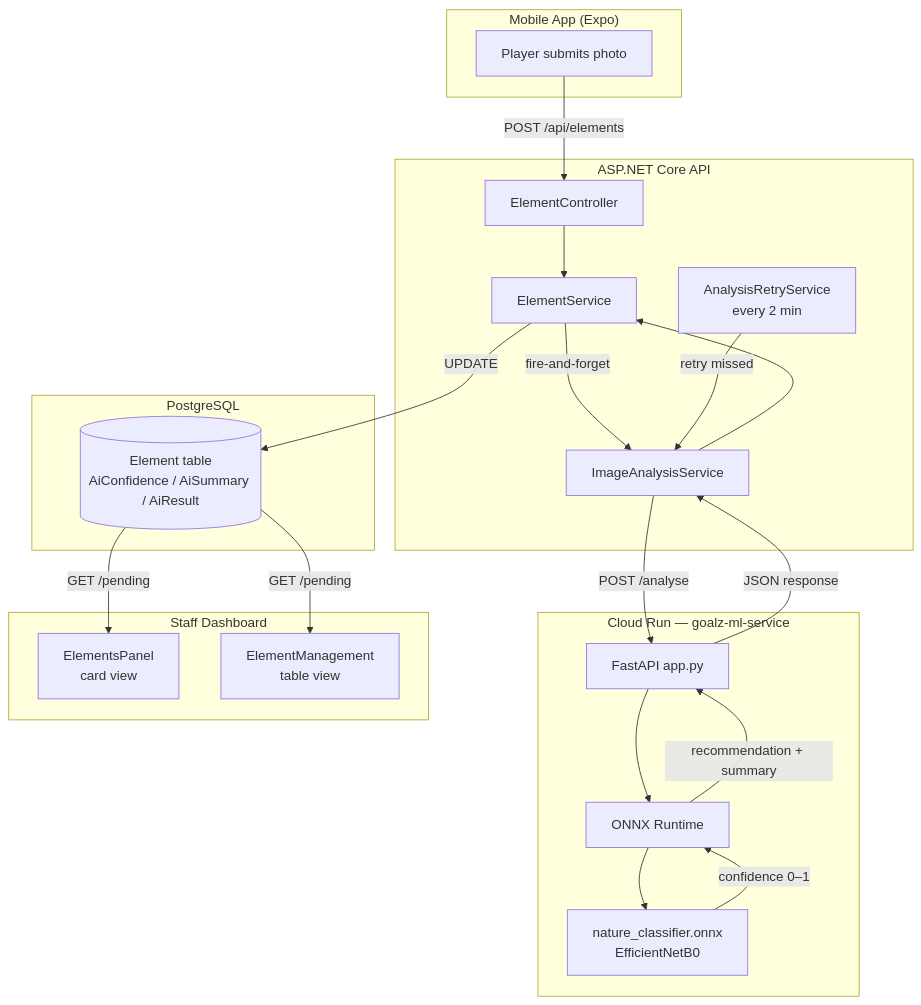
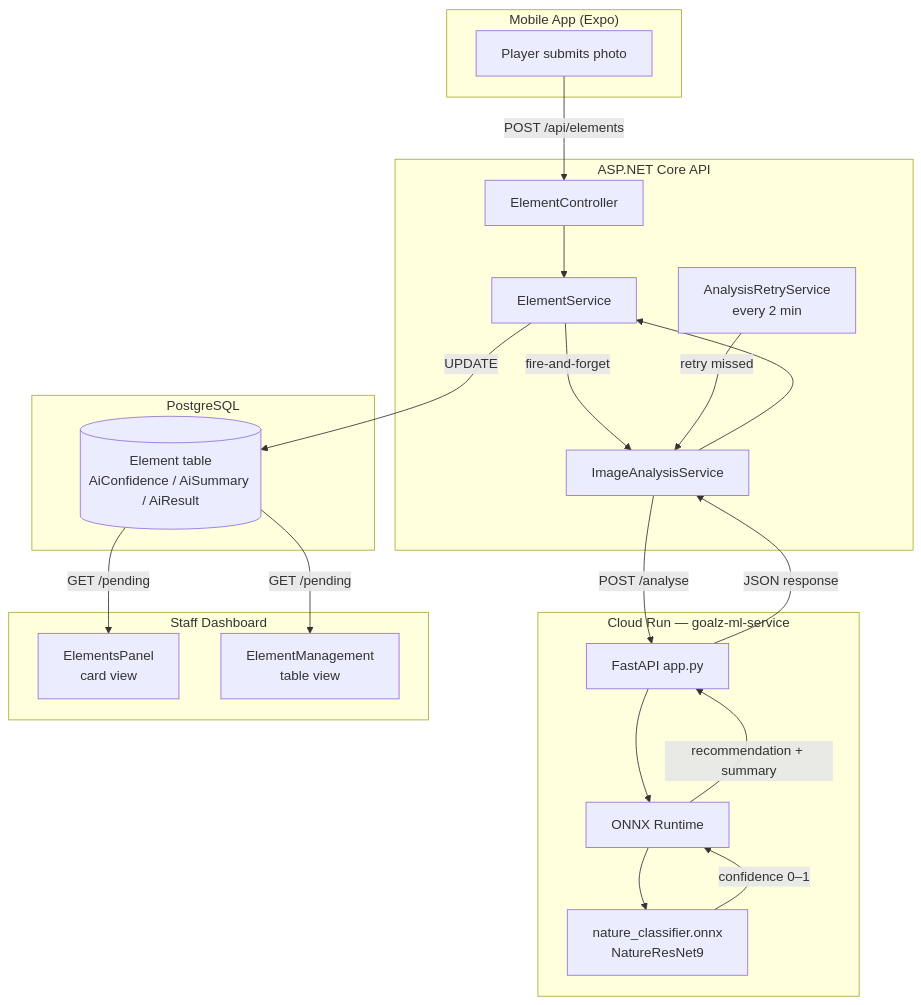
One commit to RubberDuck808/lab4-goalz changed the second of 4 diagrams in agent_docs/ml_pipeline.md. Above: the diagram before and after it, drawn with Mermaid. The commit also changed other lines of this file and 5 other files, not shown here.

````diff
--- a/agent_docs/ml_pipeline.md
+++ b/agent_docs/ml_pipeline.md
@@ -70,43 +80,43 @@
 ```mermaid
 graph TD
     subgraph Mobile["Mobile App (Expo)"]
         A[Player submits photo]
     end
 
     subgraph API["ASP.NET Core API"]
         B[ElementController]
         C[ElementService]
         D[ImageAnalysisService]
         E[AnalysisRetryService<br/>every 2 min]
     end
 
     subgraph CloudRun["Cloud Run — goalz-ml-service"]
         F[FastAPI app.py]
         G[ONNX Runtime]
-        H[nature_classifier.onnx<br/>EfficientNetB0]
+        H[nature_classifier.onnx<br/>NatureResNet9]
     end
 
     subgraph DB["PostgreSQL"]
         I[(Element table<br/>AiConfidence / AiSummary / AiResult)]
     end
 
     subgraph Dashboard["Staff Dashboard"]
         J[ElementsPanel<br/>card view]
         K[ElementManagement<br/>table view]
     end
 
     A -->|POST /api/elements| B
     B --> C
     C -->|fire-and-forget| D
     E -->|retry missed| D
     D -->|POST /analyse| F
     F --> G
     G --> H
     H -->|confidence 0–1| G
     G -->|recommendation + summary| F
     F -->|JSON response| D
     D --> C
     C -->|UPDATE| I
     I -->|GET /pending| J
     I -->|GET /pending| K
 ```
````
